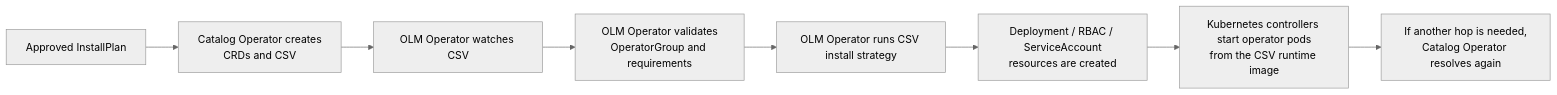
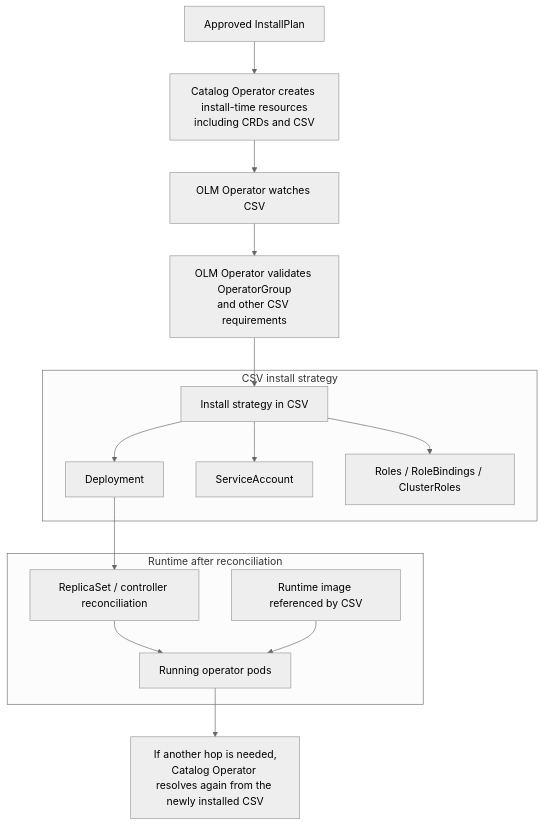
One commit to idanherman/oc-mirror-guide changed the third of 3 diagrams in README.md. Above: the diagram before and after it, drawn with Mermaid (neutral theme). The commit also changed other lines of this file, not shown here.

Commit message:
Clarify catalog source handling

````diff
--- a/README.md
+++ b/README.md
@@ -218,13 +249,30 @@
 ```mermaid
-flowchart LR
+flowchart TB
   A["Approved InstallPlan"]
-  B["Catalog Operator creates<br/>CRDs and CSV"]
+  B["Catalog Operator creates install-time resources<br/>including CRDs and CSV"]
   C["OLM Operator watches CSV"]
-  D["OLM Operator validates<br/>OperatorGroup and requirements"]
-  E["OLM Operator runs CSV install strategy"]
-  F["Deployment / RBAC / ServiceAccount<br/>resources are created"]
-  G["Kubernetes controllers start operator pods<br/>from the CSV runtime image"]
-  H["If another hop is needed,<br/>Catalog Operator resolves again"]
+  D["OLM Operator validates OperatorGroup<br/>and other CSV requirements"]
 
-  A --> B --> C --> D --> E --> F --> G --> H
+  subgraph csv_install["CSV install strategy"]
+    STRAT["Install strategy in CSV"]
+    DEP["Deployment"]
+    SA["ServiceAccount"]
+    RBAC["Roles / RoleBindings / ClusterRoles"]
+  end
+
+  subgraph runtime["Runtime after reconciliation"]
+    RS["ReplicaSet / controller reconciliation"]
+    POD["Running operator pods"]
+    RTIMG["Runtime image referenced by CSV"]
+  end
+
+  H["If another hop is needed,<br/>Catalog Operator resolves again from the newly installed CSV"]
+
+  A --> B --> C --> D --> STRAT
+  STRAT --> DEP
+  STRAT --> SA
+  STRAT --> RBAC
+  DEP --> RS --> POD
+  RTIMG --> POD
+  POD --> H
 ```
````
